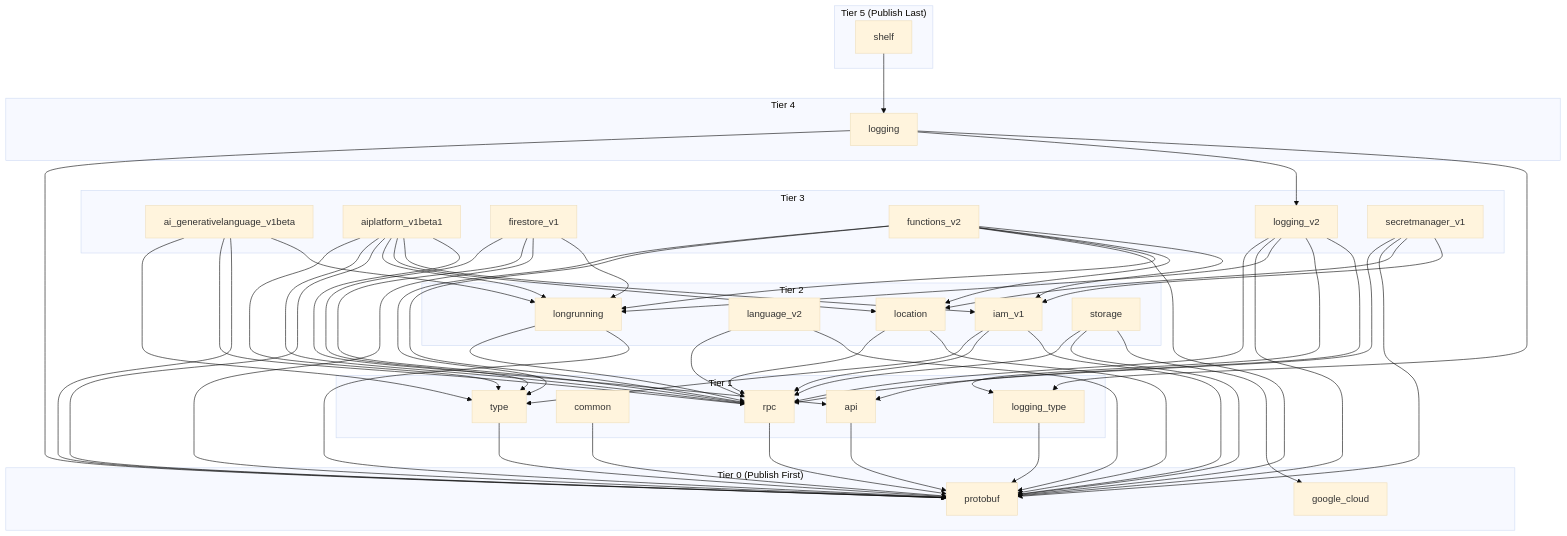
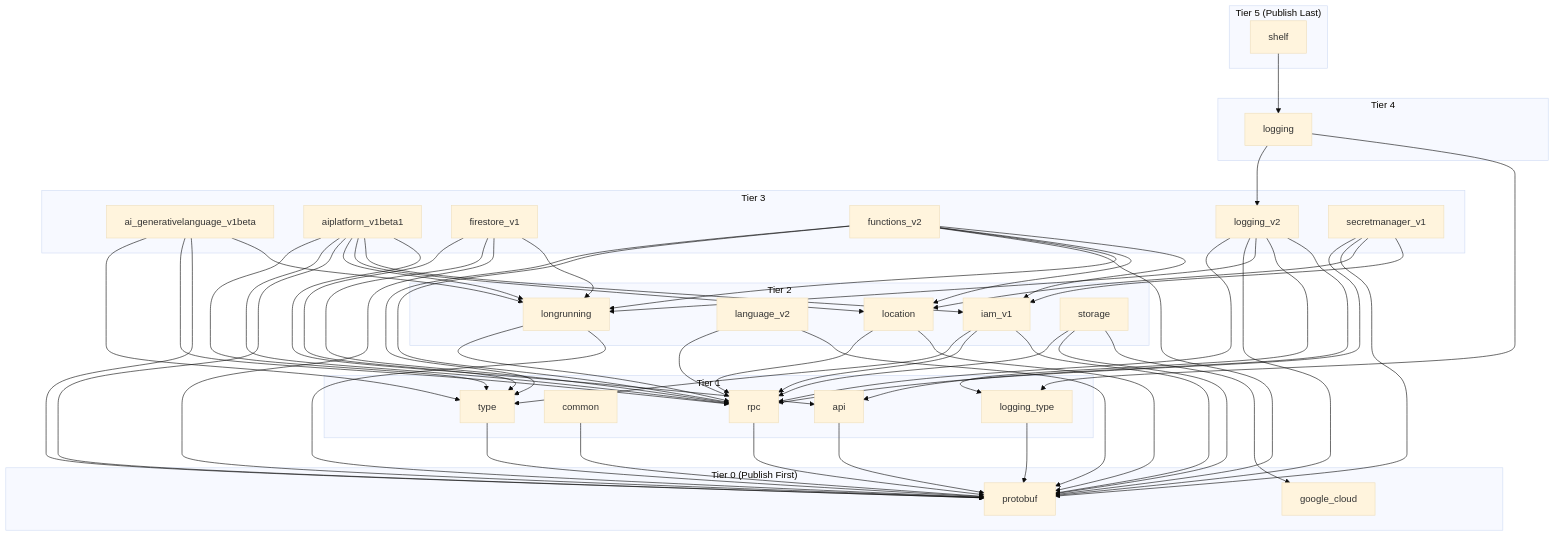
One commit to googleapis/google-cloud-dart changed the diagram in DEVELOPER_GUIDE.md. Above: the diagram before and after it, drawn with Mermaid (base theme). The commit also changed 29 other files, not shown here.

```diff
--- a/DEVELOPER_GUIDE.md
+++ b/DEVELOPER_GUIDE.md
@@ -84,7 +84,6 @@
   google_cloud_location --> google_cloud_rpc
   google_cloud_logging --> google_cloud_logging_type
   google_cloud_logging --> google_cloud_logging_v2
-  google_cloud_logging --> google_cloud_protobuf
   google_cloud_logging_type --> google_cloud_protobuf
   google_cloud_logging_v2 --> google_cloud_api
   google_cloud_logging_v2 --> google_cloud_logging_type
```
